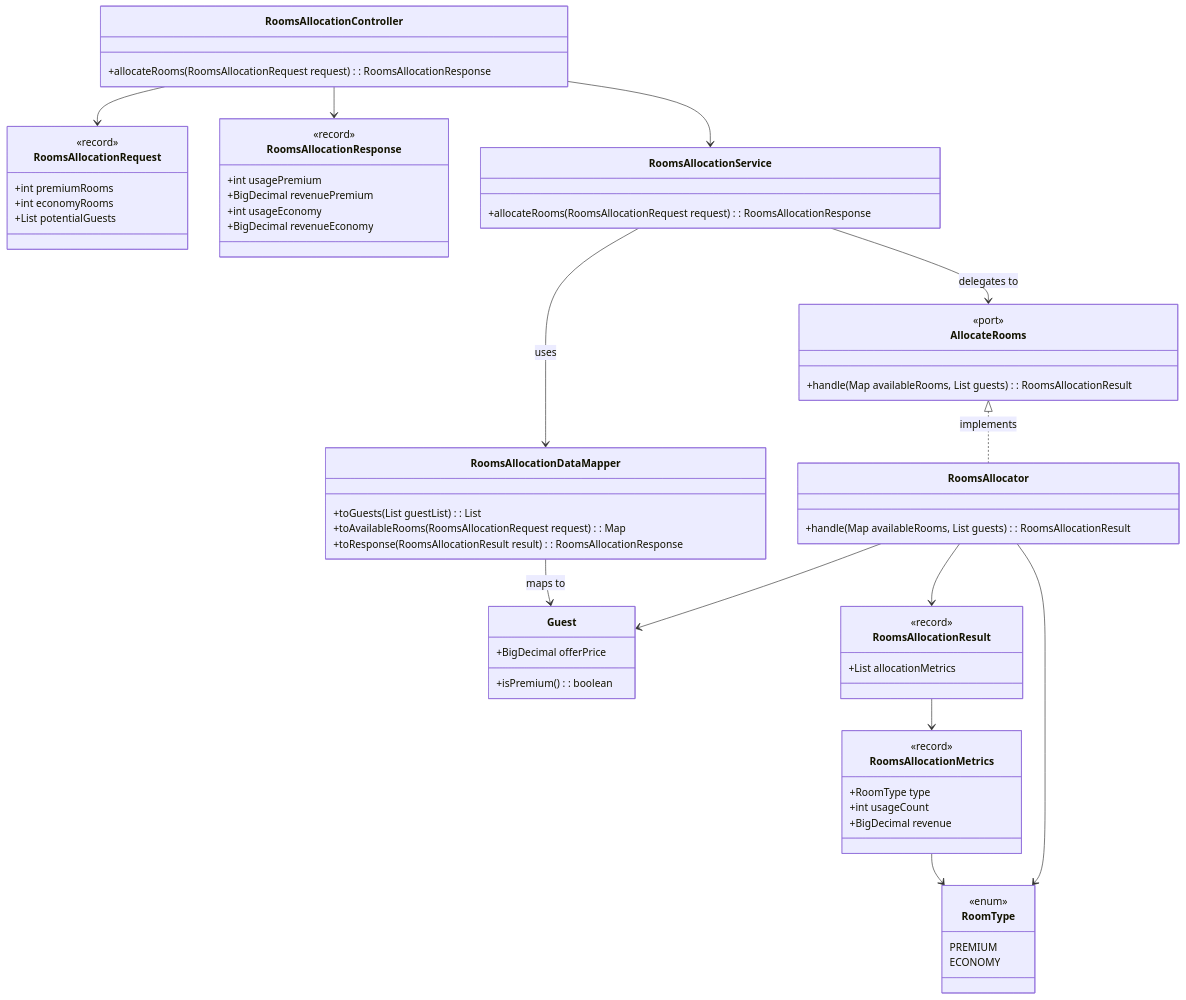
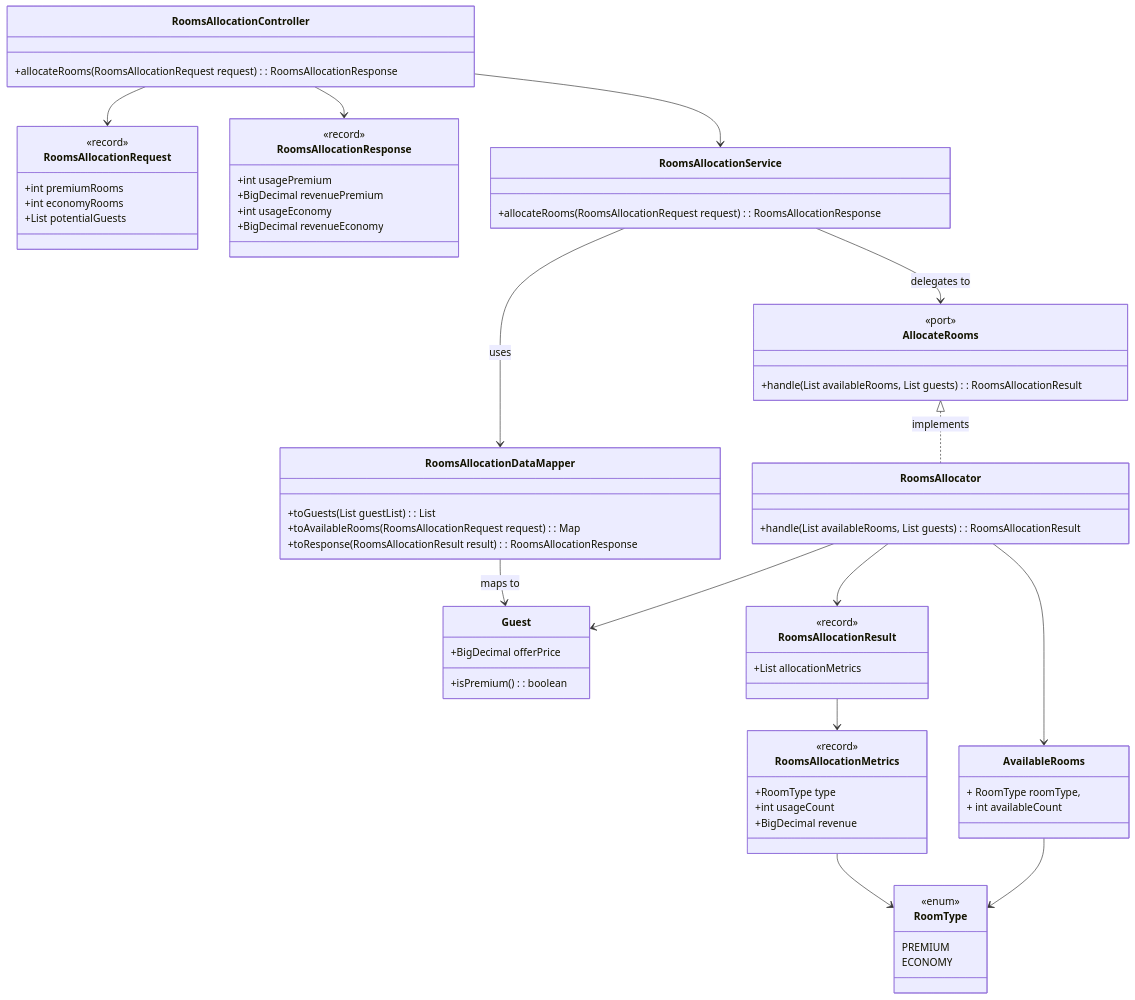
One commit to egnbjork/HotelRoomAllocation changed the diagram in docs/class_diagram.mmd. Above: the diagram before and after it, drawn with Mermaid. The commit also changed 5 other files, not shown here.

Commit message:
add AvailableRooms record to class diagram for easier validation create a test template for basic room allocator requirements

```diff
--- a/docs/class_diagram.mmd
+++ b/docs/class_diagram.mmd
@@ -1,77 +1,83 @@
 classDiagram
 direction TB
 
     class RoomsAllocationController {
         +allocateRooms(RoomsAllocationRequest request): RoomsAllocationResponse
     }
 
     class RoomsAllocationRequest {
         <<record>>
         +int premiumRooms
         +int economyRooms
         +List<BigDecimal> potentialGuests
     }
 
     class RoomsAllocationResponse {
         <<record>>
         +int usagePremium
         +BigDecimal revenuePremium
         +int usageEconomy
         +BigDecimal revenueEconomy
     }
 
     class RoomsAllocationService {
         +allocateRooms(RoomsAllocationRequest request): RoomsAllocationResponse
     }
 
     class RoomsAllocationDataMapper {
         +toGuests(List<BigDecimal> guestList): List<Guest>
         +toAvailableRooms(RoomsAllocationRequest request): Map<RoomType, Integer>
         +toResponse(RoomsAllocationResult result): RoomsAllocationResponse
     }
 
     class Guest {
 	    +BigDecimal offerPrice
         +isPremium(): boolean
     }
 
     class AllocateRooms {
         <<port>>
-        +handle(Map<RoomType, Integer> availableRooms, List<Guest> guests): RoomsAllocationResult
+        +handle(List<AvailableRooms> availableRooms, List<Guest> guests): RoomsAllocationResult
     }
 
     class RoomsAllocator {
-        +handle(Map<RoomType, Integer> availableRooms, List<Guest> guests): RoomsAllocationResult
+        +handle(List<AvailableRooms> availableRooms, List<Guest> guests): RoomsAllocationResult
+    }
+
+    class AvailableRooms {
+        + RoomType roomType,
+        + int availableCount
     }
 
     class RoomsAllocationResult {
         <<record>>
         +List<RoomsAllocationMetrics> allocationMetrics
     }
 
     class RoomsAllocationMetrics {
         <<record>>
         +RoomType type
         +int usageCount
         +BigDecimal revenue
     }
 
 
     class RoomType {
         <<enum>>
         PREMIUM
         ECONOMY
     }
 
     RoomsAllocationController --> RoomsAllocationRequest
     RoomsAllocationController --> RoomsAllocationResponse
     RoomsAllocationController --> RoomsAllocationService
     RoomsAllocationService --> RoomsAllocationDataMapper :uses
     RoomsAllocationDataMapper --> Guest :maps to
     RoomsAllocationService --> AllocateRooms :delegates to
     AllocateRooms <|.. RoomsAllocator : implements
     RoomsAllocator --> RoomsAllocationResult
     RoomsAllocationResult --> RoomsAllocationMetrics
     RoomsAllocationMetrics --> RoomType
     RoomsAllocator --> Guest
-    RoomsAllocator --> RoomType
+    AvailableRooms --> RoomType
+    RoomsAllocator --> AvailableRooms
```
